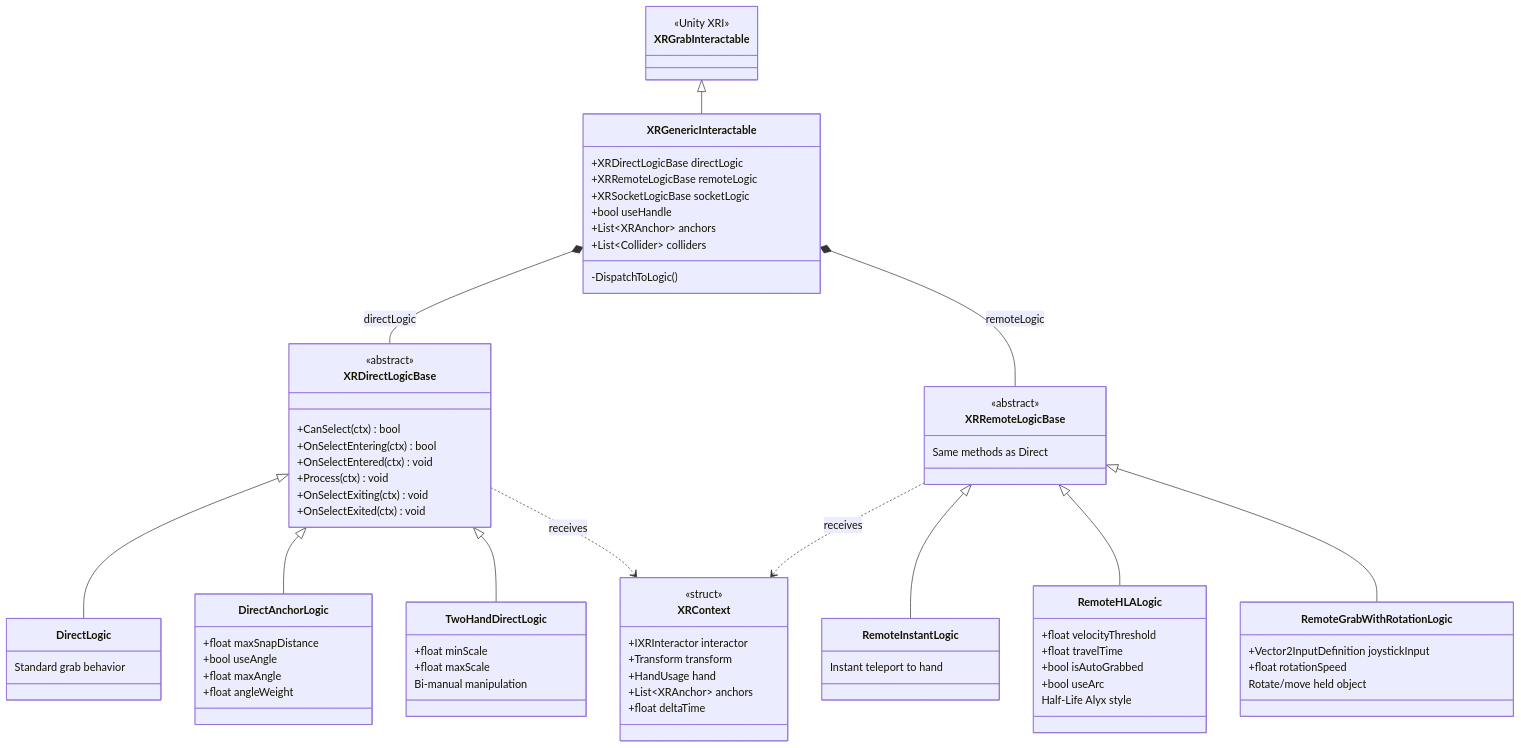
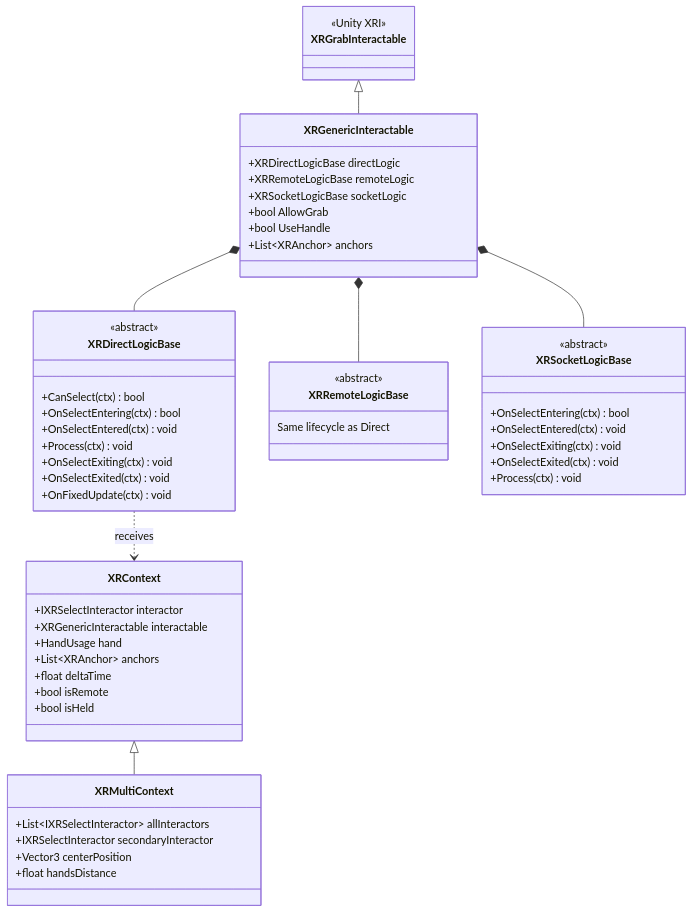
Before and after one commit to Louis27140/XR-Interactions: the diagram in Documentation/Grab.md, drawn with Mermaid. The commit also changed other lines of this file and 31 other files, not shown here.

````diff
--- a/Documentation/Grab.md
+++ b/Documentation/Grab.md
@@ -9,17 +11,16 @@
     class XRGrabInteractable {
         <<Unity XRI>>
     }
-    
+
     class XRGenericInteractable {
         +XRDirectLogicBase directLogic
         +XRRemoteLogicBase remoteLogic
         +XRSocketLogicBase socketLogic
-        +bool useHandle
+        +bool AllowGrab
+        +bool UseHandle
         +List~XRAnchor~ anchors
-        +List~Collider~ colliders
-        -DispatchToLogic()
     }
-    
+
     class XRDirectLogicBase {
         <<abstract>>
         +CanSelect(ctx) bool
@@ -28,66 +29,44 @@
         +Process(ctx) void
         +OnSelectExiting(ctx) void
         +OnSelectExited(ctx) void
+        +OnFixedUpdate(ctx) void
     }
-    
-    class DirectLogic {
-        Standard grab behavior
-    }
-    
-    class DirectAnchorLogic {
-        +float maxSnapDistance
-        +bool useAngle
-        +float maxAngle
-        +float angleWeight
-    }
-    
-    class TwoHandDirectLogic {
-        +float minScale
-        +float maxScale
-        Bi-manual manipulation
-    }
-    
+
     class XRRemoteLogicBase {
         <<abstract>>
-        Same methods as Direct
+        Same lifecycle as Direct
     }
-    
-    class RemoteInstantLogic {
-        Instant teleport to hand
+
+    class XRSocketLogicBase {
+        <<abstract>>
+        +OnSelectEntering(ctx) bool
+        +OnSelectEntered(ctx) void
+        +OnSelectExiting(ctx) void
+        +OnSelectExited(ctx) void
+        +Process(ctx) void
     }
-    
-    class RemoteHLALogic {
-        +float velocityThreshold
-        +float travelTime
-        +bool isAutoGrabbed
-        +bool useArc
-        Half-Life Alyx style
-    }
-    
-    class RemoteGrabWithRotationLogic {
-        +Vector2InputDefinition joystickInput
-        +float rotationSpeed
-        Rotate/move held object
-    }
-    
+
     class XRContext {
-        <<struct>>
-        +IXRInteractor interactor
-        +Transform transform
+        +IXRSelectInteractor interactor
+        +XRGenericInteractable interactable
         +HandUsage hand
         +List~XRAnchor~ anchors
         +float deltaTime
+        +bool isRemote
+        +bool isHeld
     }
-    
+
+    class XRMultiContext {
+        +List~IXRSelectInteractor~ allInteractors
+        +IXRSelectInteractor secondaryInteractor
+        +Vector3 centerPosition
+        +float handsDistance
+    }
+
     XRGrabInteractable <|-- XRGenericInteractable
-    XRGenericInteractable *-- XRDirectLogicBase : directLogic
-    XRGenericInteractable *-- XRRemoteLogicBase : remoteLogic
-    XRDirectLogicBase <|-- DirectLogic
-    XRDirectLogicBase <|-- DirectAnchorLogic
-    XRDirectLogicBase <|-- TwoHandDirectLogic
-    XRRemoteLogicBase <|-- RemoteInstantLogic
-    XRRemoteLogicBase <|-- RemoteHLALogic
-    XRRemoteLogicBase <|-- RemoteGrabWithRotationLogic
+    XRGenericInteractable *-- XRDirectLogicBase
+    XRGenericInteractable *-- XRRemoteLogicBase
+    XRGenericInteractable *-- XRSocketLogicBase
     XRDirectLogicBase ..> XRContext : receives
-    XRRemoteLogicBase ..> XRContext : receives
+    XRContext <|-- XRMultiContext
 ```
````
